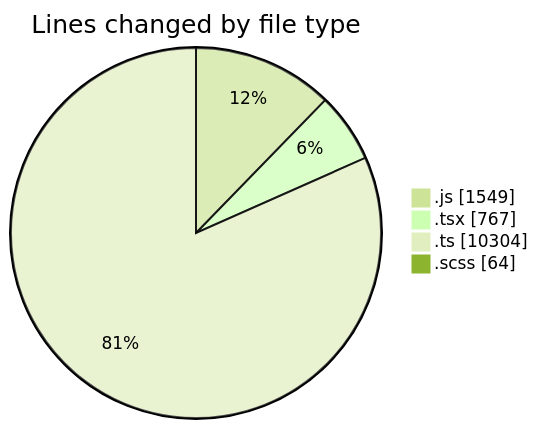
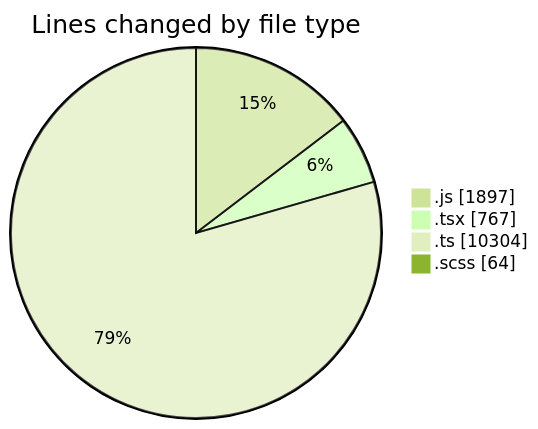
One commit to momahboobian/code-tracking changed the first of 2 diagrams in 2025-03-13/cda/README.md. Above: the diagram before and after it, drawn with Mermaid (forest theme). The commit also changed other lines of this file and 1 other file, not shown here.

````diff
--- a/2025-03-13/cda/README.md
+++ b/2025-03-13/cda/README.md
@@ -33,8 +33,8 @@
 ```mermaid
 pie showData
 title Lines changed by file type
-".js" : 1549
+".js" : 1897
 ".tsx" : 767
 ".ts" : 10304
 ".scss" : 64
 ```
````
